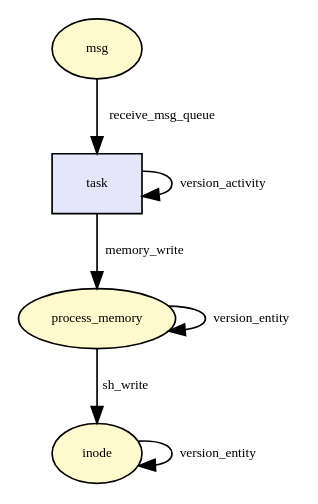
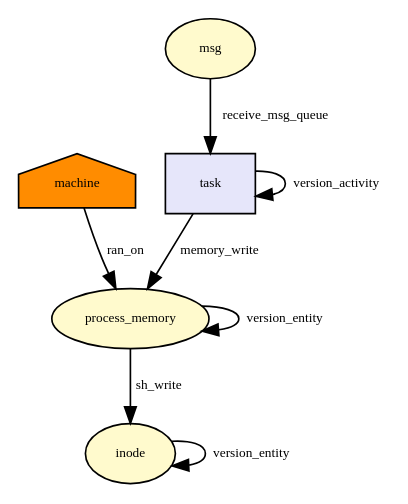
The diagram in docs/dot/msg_queue_msgrcv.dot (CamFlow/camflow-dev), drawn with Graphviz before and after one commit. The commit also changed 38 other files, not shown here.

```diff
--- a/docs/dot/msg_queue_msgrcv.dot
+++ b/docs/dot/msg_queue_msgrcv.dot
@@ -1,21 +1,25 @@
-digraph RGL__DirectedAdjacencyGraph {msg[fontsize = 8,label = msg,shape = ellipse, fillcolor="#fffacd", style = filled]
+digraph RGL__DirectedAdjacencyGraph {machine[fontsize = 8,label = machine,shape = house, fillcolor="#ff8c00", style = filled]
+
+process_memory[fontsize = 8,label = process_memory,shape = ellipse, fillcolor="#fffacd", style = filled]
+
+machine -> process_memory[fontsize = 8,label = ran_on]
+
+msg[fontsize = 8,label = msg,shape = ellipse, fillcolor="#fffacd", style = filled]
 
 task[fontsize = 8,label = task,shape = rectangle, fillcolor="#e6e6fa", style = filled]
 
 msg -> task[fontsize = 8,label = receive_msg_queue]
-
-process_memory[fontsize = 8,label = process_memory,shape = ellipse, fillcolor="#fffacd", style = filled]
 
 task -> process_memory[fontsize = 8,label = memory_write]
 
 task -> task[fontsize = 8,label = version_activity]
 
 process_memory -> process_memory[fontsize = 8,label = version_entity]
 
 inode[fontsize = 8,label = inode,shape = ellipse, fillcolor="#fffacd", style = filled]
 
 process_memory -> inode[fontsize = 8,label = sh_write]
 
 inode -> inode[fontsize = 8,label = version_entity]
 
 }
```
